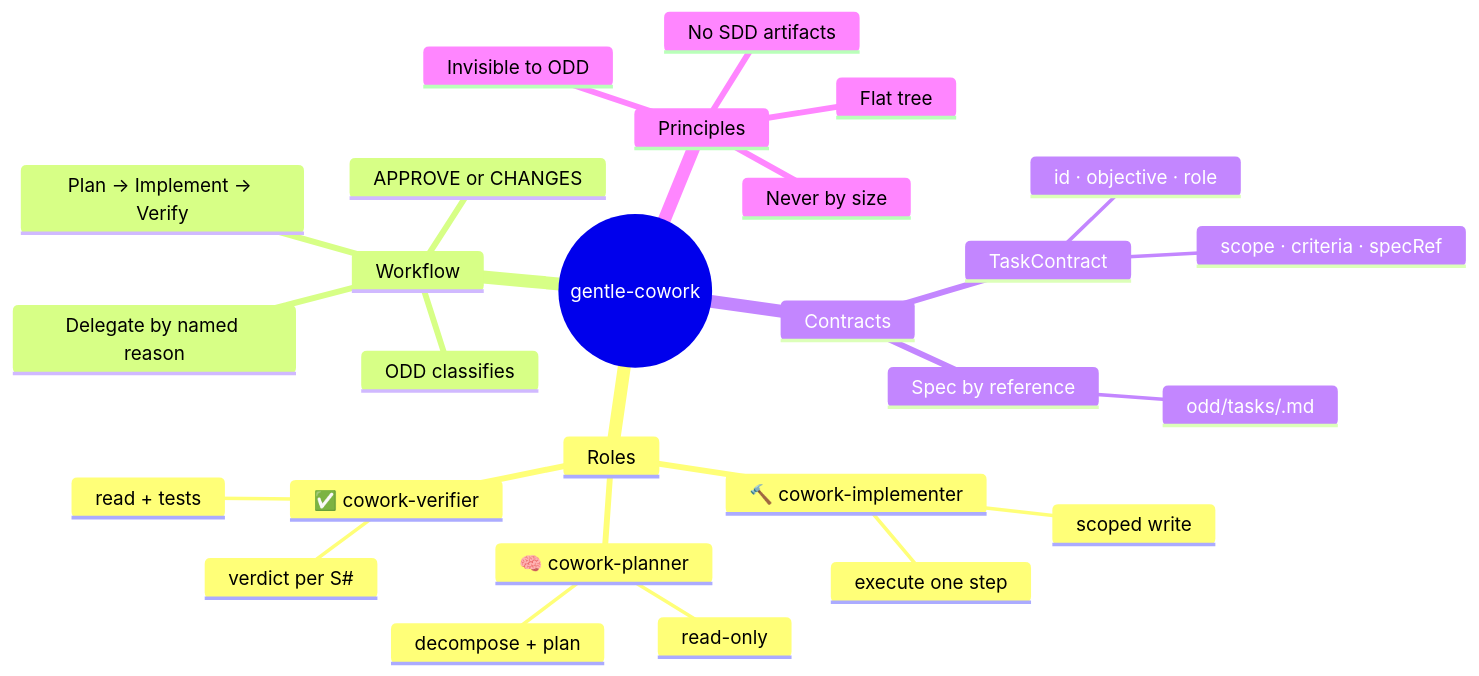
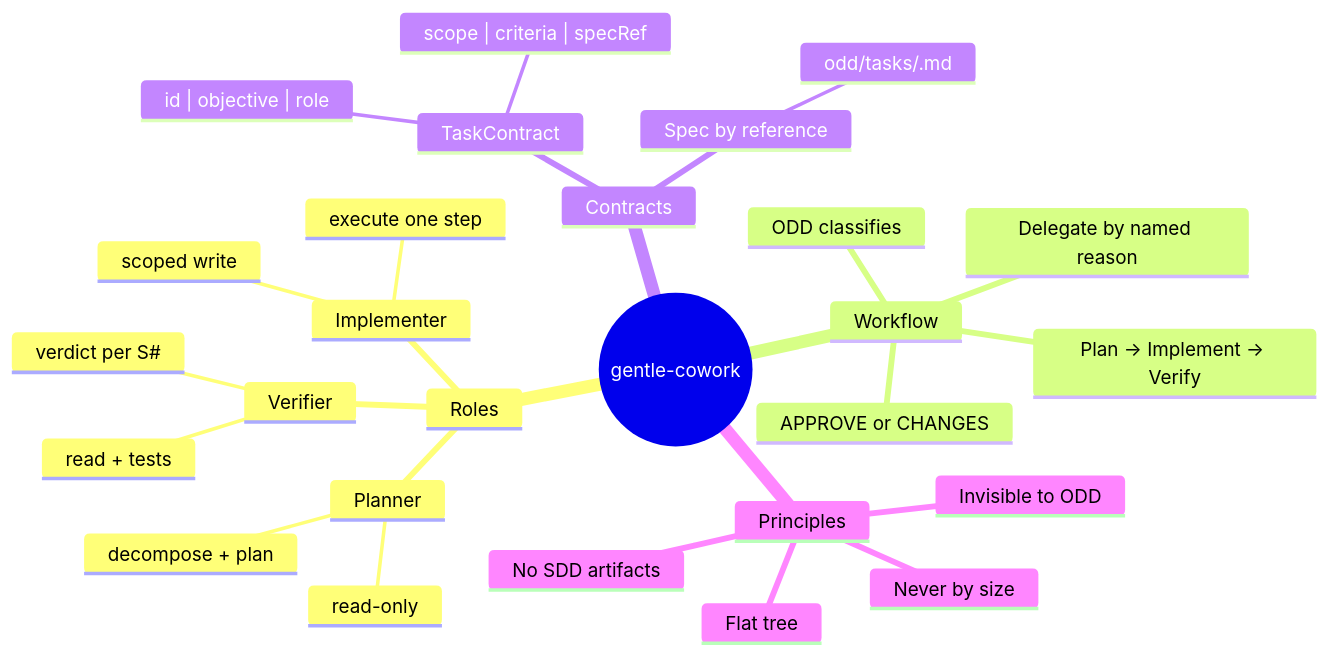
Before and after one commit to ipproyectosysoluciones/gentle-cowork: the first of 2 diagrams in README.md, drawn with Mermaid. The commit also changed other lines of this file, not shown here.

Commit message:
docs: fix mermaid diagrams - remove emojis/special chars from mindmap, simplify flowchart labels

````diff
--- a/README.md
+++ b/README.md
@@ -18,30 +18,30 @@
 ```mermaid
 mindmap
   root((gentle-cowork))
     Roles
-      🧠 cowork-planner
+      Planner
         read-only
         decompose + plan
-      🔨 cowork-implementer
+      Implementer
         scoped write
         execute one step
-      ✅ cowork-verifier
+      Verifier
         read + tests
         verdict per S#
     Workflow
       ODD classifies
       Delegate by named reason
-      Plan → Implement → Verify
+      Plan -> Implement -> Verify
       APPROVE or CHANGES
     Contracts
       TaskContract
-        id · objective · role
-        scope · criteria · specRef
+        id | objective | role
+        scope | criteria | specRef
       Spec by reference
         odd/tasks/<feature>.md
     Principles
       Never by size
       Flat tree
       Invisible to ODD
       No SDD artifacts
 ```
````
